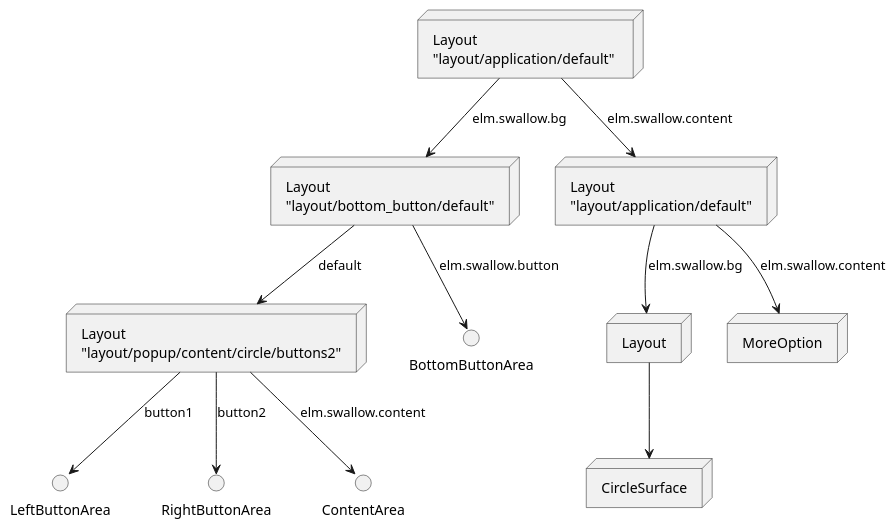
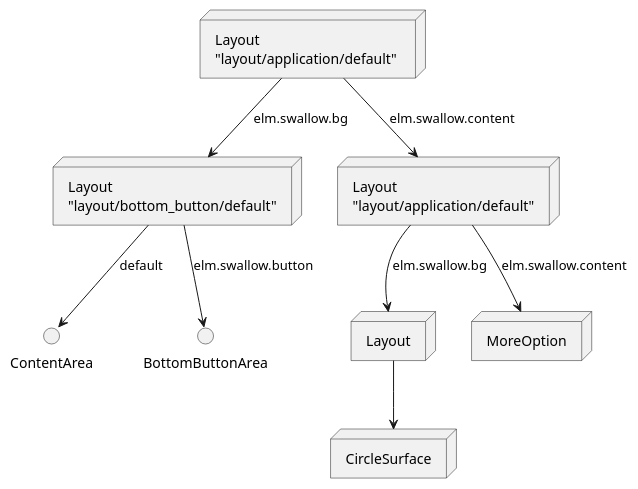
The diagram in doc/design/uml/CirclePage_SceneGraph.wsd (Samsung/Tizen.CircularUI), drawn with PlantUML before and after one commit. The commit also changed 36 other files, not shown here.

Commit message:
Fix CirclePage and Add TwoButtonPage

```diff
--- a/doc/design/uml/CirclePage_SceneGraph.wsd
+++ b/doc/design/uml/CirclePage_SceneGraph.wsd
@@ -1,51 +1,39 @@
 @startuml CirclePage_SceneGraph.png
 node BaseLayout [
     Layout
     "layout/application/default" 
 ]
 
 node BottomButtonLayout [
     Layout
     "layout/bottom_button/default"
 ]
 
 node OverLayout [
     Layout
     "layout/application/default"
 ]
-
-node SideButtonLayout [
-    Layout
-    "layout/popup/content/circle/buttons2"
-]
-
 node MoreOption [
     MoreOption
 ]
 
 node SurfaceLayout [
     Layout
 ]
 
 node CircleSurface [
     CircleSurface
 ]
-
-() LeftButtonArea
-() RightButtonArea
 () ContentArea
 () BottomButtonArea
 
 BaseLayout --> BottomButtonLayout : "elm.swallow.bg"
 
-BottomButtonLayout --> SideButtonLayout : "default"
-SideButtonLayout --> LeftButtonArea : "button1"
-SideButtonLayout --> RightButtonArea : "button2"
-SideButtonLayout --> ContentArea : "elm.swallow.content"
+BottomButtonLayout --> ContentArea : "default"
 BottomButtonLayout --> BottomButtonArea : "elm.swallow.button"
 BaseLayout --> OverLayout : "elm.swallow.content"
 OverLayout --> MoreOption : "elm.swallow.content"
 OverLayout --> SurfaceLayout : "elm.swallow.bg"
 MoreOption -[Hidden]l->SurfaceLayout
 SurfaceLayout --> CircleSurface
 @enduml
```
